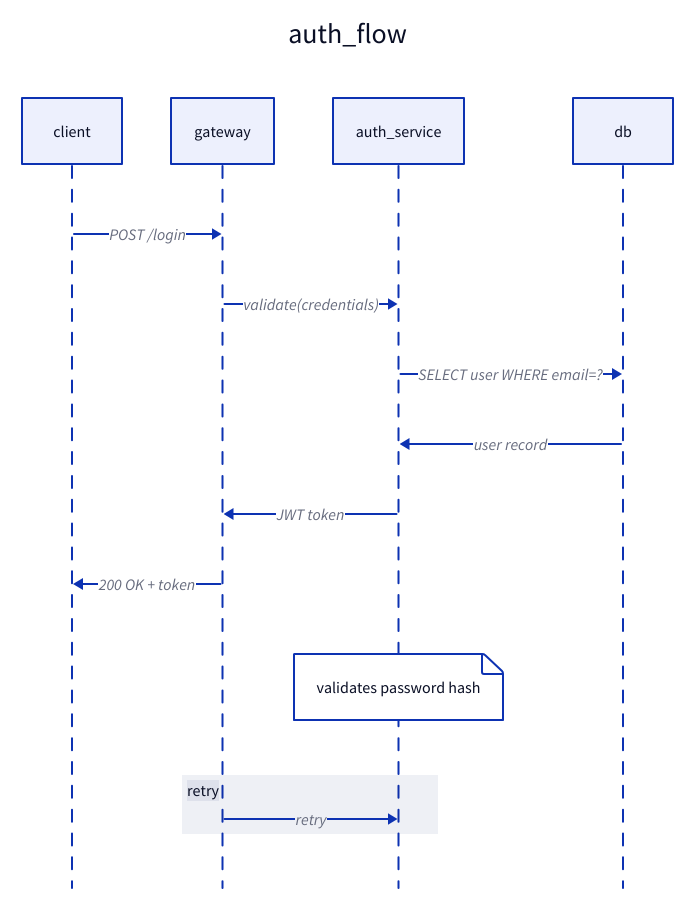
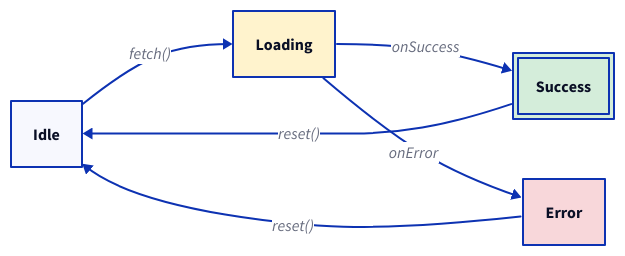
Diagram 17 of 29 in skills/d2/SKILL.md (ItsJooL/d2-mcp), drawn with D2 before and after one commit. The commit also changed other lines of this file and 7 other files, not shown here.

````diff
--- a/skills/d2/SKILL.md
+++ b/skills/d2/SKILL.md
@@ -295,27 +557,19 @@
 ```d2
-auth_flow: {
-  shape: sequence_diagram
+direction: right
 
-  # Actors are auto-created on first reference
-  # but explicit order controls visual position
-  client
-  gateway
-  auth_service
-  db
+# States
+idle: { shape: rectangle; label: "Idle" }
+loading: { shape: rectangle; label: "Loading"; style.fill: "#fff3cd" }
+success: { shape: rectangle; label: "Success"; style.fill: "#d4edda" }
+error: { shape: rectangle; label: "Error"; style.fill: "#f8d7da" }
 
-  client -> gateway: "POST /login"
-  gateway -> auth_service: "validate(credentials)"
-  auth_service -> db: "SELECT user WHERE email=?"
-  db -> auth_service: "user record"
-  auth_service -> gateway: "JWT token"
-  gateway -> client: "200 OK + token"
+# Terminal states with double-border
+success: { style.double-border: true }
 
-  # Notes (standalone shape on actor with no connections)
-  auth_service."validates password hash"
-
-  # Groups / fragments
-  retry: {
-    gateway -> auth_service: "retry"
-  }
-}
+# Transitions
+idle -> loading: "fetch()"
+loading -> success: "onSuccess"
+loading -> error: "onError"
+error -> idle: "reset()"
+success -> idle: "reset()"
 ```
````
